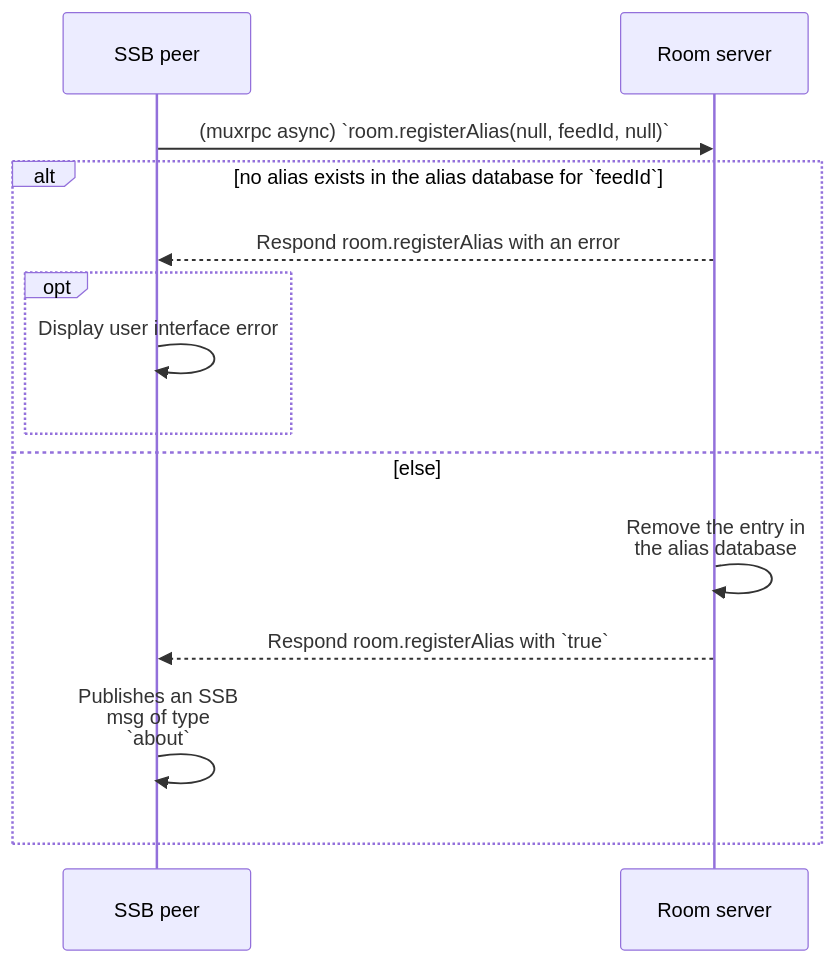
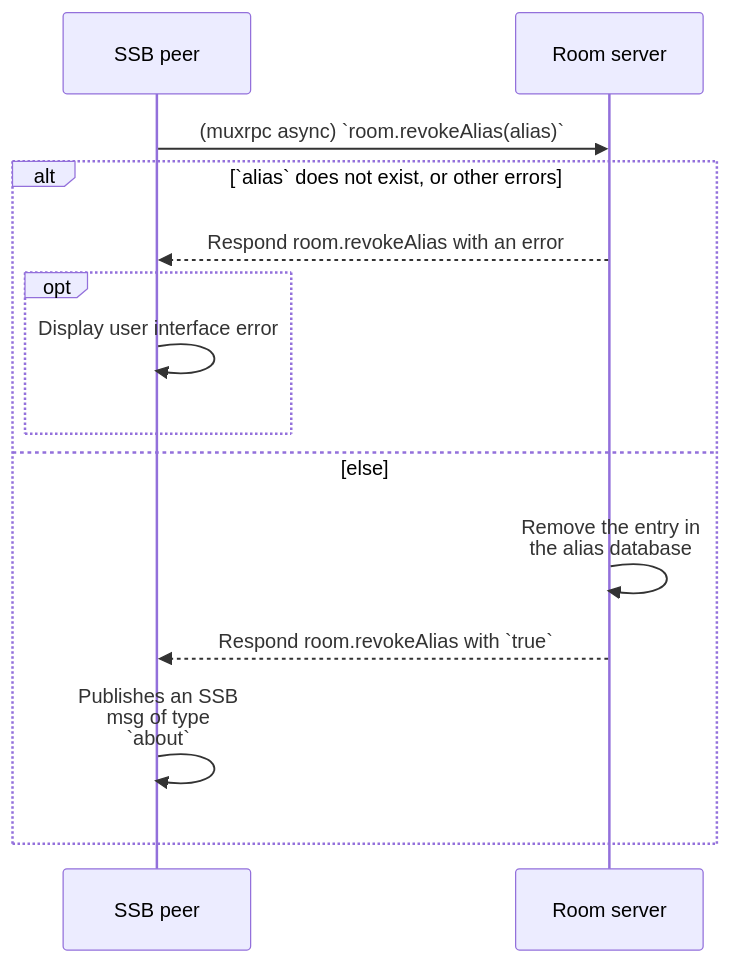
One commit to ssbc/rooms2 changed the diagram in docs/Alias/Revocation.md. Above: the diagram before and after it, drawn with Mermaid. The commit also changed other lines of this file and 2 other files, not shown here.

Commit message:
simplify muxrpcs for register/revoke aliases

````diff
--- a/docs/Alias/Revocation.md
+++ b/docs/Alias/Revocation.md
@@ -21,17 +21,17 @@
 ```mermaid
 sequenceDiagram
   participant U as SSB peer
   participant R as Room server
 
-  U->>R: (muxrpc async) `room.registerAlias(null, feedId, null)`
-  alt no alias exists in the alias database for `feedId`
-    R-->>U: Respond room.registerAlias with an error
+  U->>R: (muxrpc async) `room.revokeAlias(alias)`
+  alt `alias` does not exist, or other errors
+    R-->>U: Respond room.revokeAlias with an error
     opt
         U->>U: Display user interface error
     end
   else else
     R->>R: Remove the entry in<br/>the alias database
-    R-->>U: Respond room.registerAlias with `true`
+    R-->>U: Respond room.revokeAlias with `true`
     U->>U: Publishes an SSB<br/>msg of type<br/>`about`
   end
 ```
````
